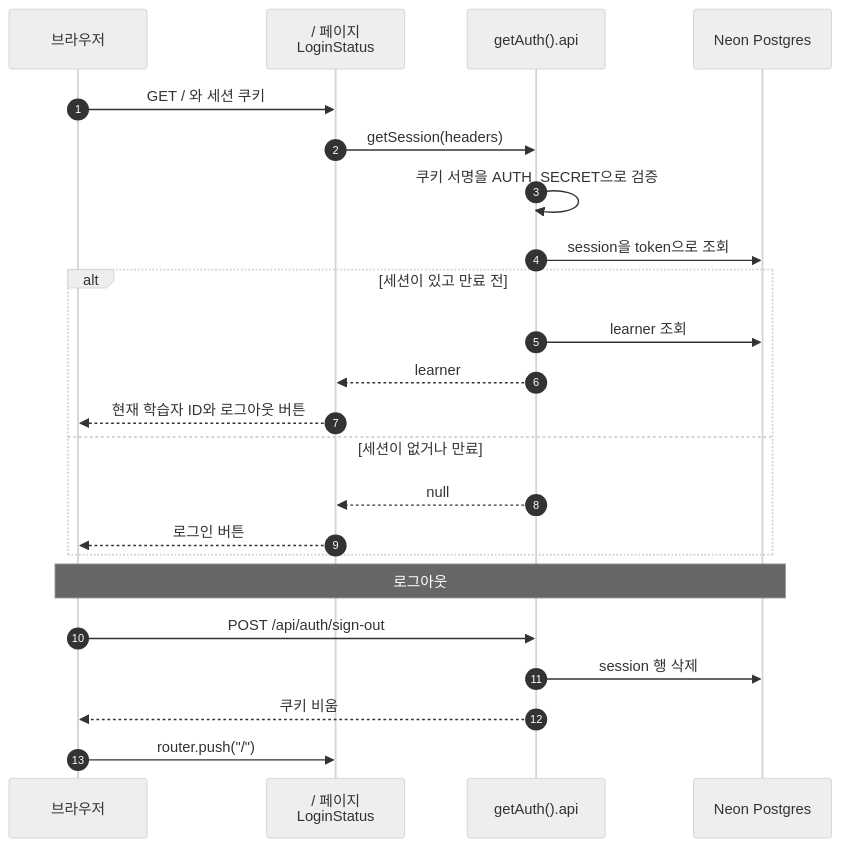
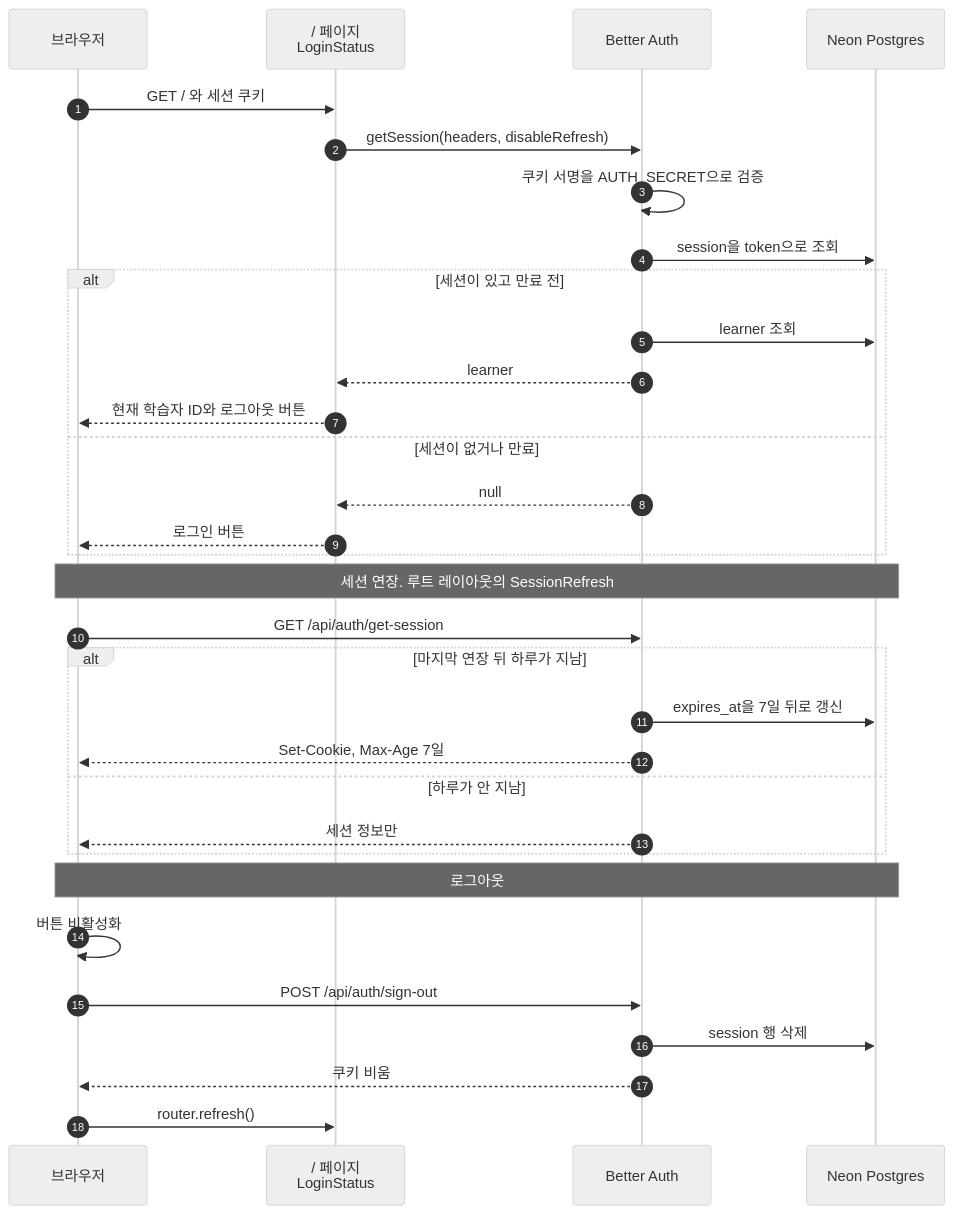
The fourth of 6 diagrams in _docs/output/2026-11-02-social-login-design.md (hm1n/silo-4th), drawn with Mermaid (neutral theme) before and after one commit. The commit also changed other lines of this file and 4 other files, not shown here.

````diff
--- a/_docs/output/2026-11-02-social-login-design.md
+++ b/_docs/output/2026-11-02-social-login-design.md
@@ -142,27 +171,37 @@
 ```mermaid
 sequenceDiagram
   autonumber
   participant B as 브라우저
   participant P as / 페이지<br/>LoginStatus
-  participant A as getAuth().api
+  participant A as Better Auth
   participant DB as Neon Postgres
 
   B->>P: GET / 와 세션 쿠키
-  P->>A: getSession(headers)
+  P->>A: getSession(headers, disableRefresh)
   A->>A: 쿠키 서명을 AUTH_SECRET으로 검증
   A->>DB: session을 token으로 조회
   alt 세션이 있고 만료 전
     A->>DB: learner 조회
     A-->>P: learner
     P-->>B: 현재 학습자 ID와 로그아웃 버튼
   else 세션이 없거나 만료
     A-->>P: null
     P-->>B: 로그인 버튼
   end
 
+  Note over B,DB: 세션 연장. 루트 레이아웃의 SessionRefresh
+  B->>A: GET /api/auth/get-session
+  alt 마지막 연장 뒤 하루가 지남
+    A->>DB: expires_at을 7일 뒤로 갱신
+    A-->>B: Set-Cookie, Max-Age 7일
+  else 하루가 안 지남
+    A-->>B: 세션 정보만
+  end
+
   Note over B,DB: 로그아웃
+  B->>B: 버튼 비활성화
   B->>A: POST /api/auth/sign-out
   A->>DB: session 행 삭제
   A-->>B: 쿠키 비움
-  B->>P: router.push("/")
+  B->>P: router.refresh()
 ```
````
